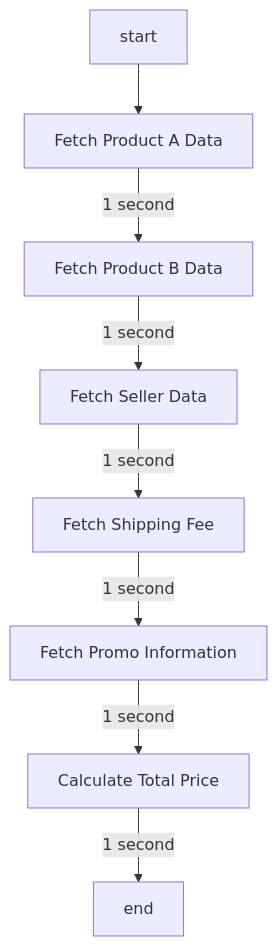
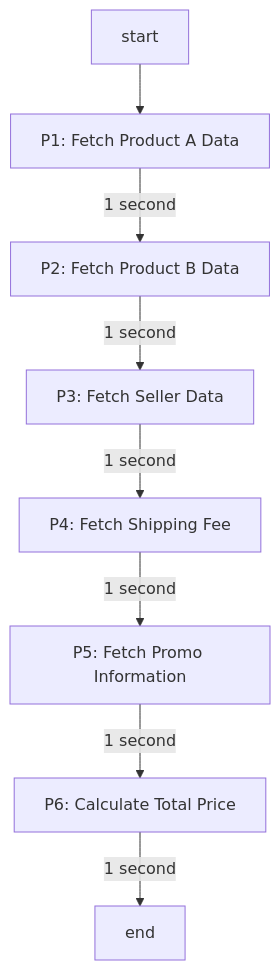
One commit to zhorifiandi/zhorifiandi.github.io changed the first of 2 diagrams in _posts/2022-11-25-optimize-latency-using-parallelization-in-go.md. Above: the diagram before and after it, drawn with Mermaid. The commit also changed other lines of this file, not shown here.

```diff
--- a/_posts/2022-11-25-optimize-latency-using-parallelization-in-go.md
+++ b/_posts/2022-11-25-optimize-latency-using-parallelization-in-go.md
@@ -32,10 +32,10 @@
 <pre class="mermaid">
 graph TD
     start-->Process1
-    Process1[Fetch Product A Data] -->|1 second| Process2[Fetch Product B Data]
-    Process2 -->|1 second| Process3[Fetch Seller Data]
-    Process3 -->|1 second| Process4[Fetch Shipping Fee]
-    Process4 -->|1 second| Process5[Fetch Promo Information]
-    Process5 -->|1 second| Process6[Calculate Total Price]
+    Process1[P1: Fetch Product A Data] -->|1 second| Process2[P2: Fetch Product B Data]
+    Process2 -->|1 second| Process3[P3: Fetch Seller Data]
+    Process3 -->|1 second| Process4[P4: Fetch Shipping Fee]
+    Process4 -->|1 second| Process5[P5: Fetch Promo Information]
+    Process5 -->|1 second| Process6[P6: Calculate Total Price]
     Process6 -->|1 second| e[end]
 </pre>
```
